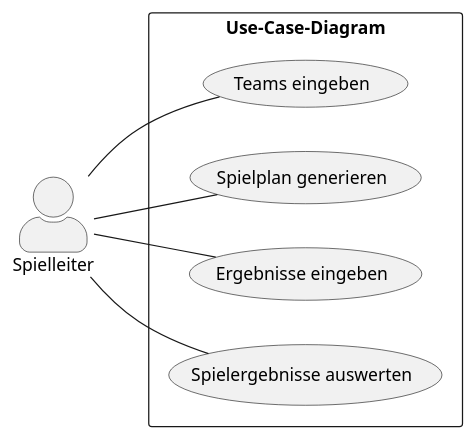
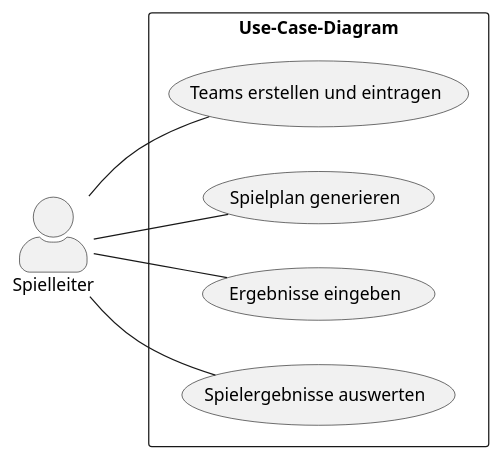
One commit to htl-leonding-project/2022-4ahif-autohaus changed the diagram in asciidocs/plantuml/use_case.puml. Above: the diagram before and after it, drawn with PlantUML. The commit also changed 4 other files, not shown here.

```diff
--- a/asciidocs/plantuml/use_case.puml
+++ b/asciidocs/plantuml/use_case.puml
@@ -1,18 +1,18 @@
 @startuml
 left to right direction
 skinparam actorStyle awesome
 actor Spielleiter as s
 
 rectangle Use-Case-Diagram as ablauf {
-  usecase "Teams eingeben" as teameingabe
+  usecase "Teams erstellen und eintragen" as teameingabe
   usecase "Spielplan generieren" as spielplangenerierung
   usecase "Ergebnisse eingeben" as ergebnisseeintragen
   usecase "Spielergebnisse auswerten" as ergebnisseauswerten
 }
 
 s -- teameingabe
 s -- spielplangenerierung
 s -- ergebnisseeintragen
 s -- ergebnisseauswerten
 
 @enduml
```
